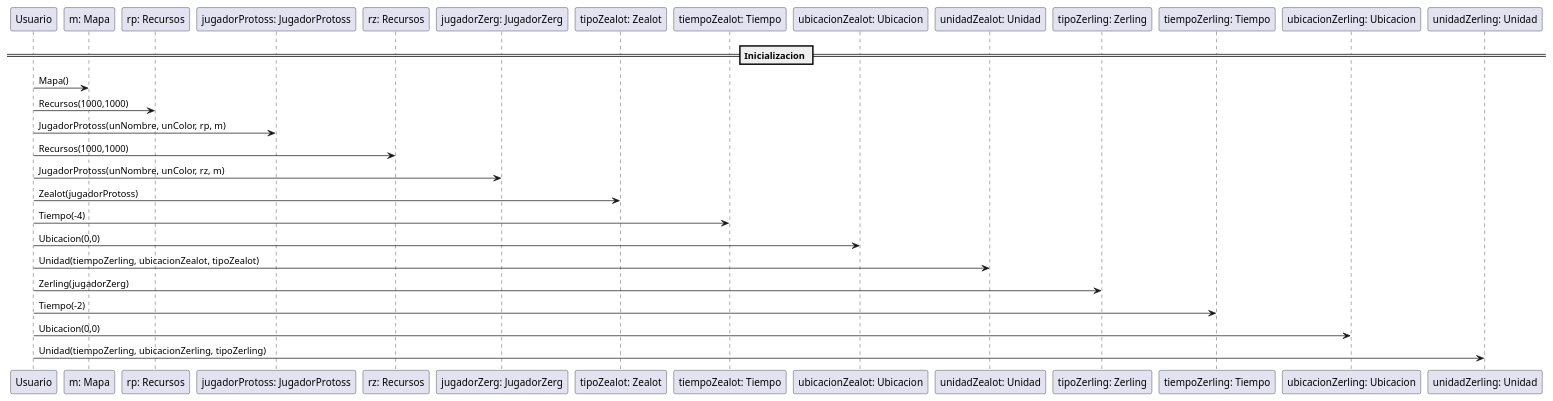
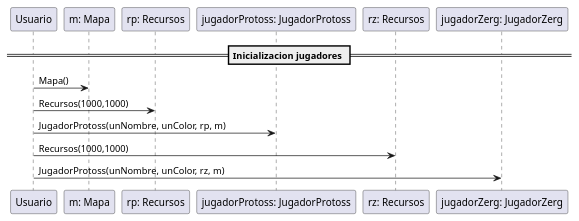
Before and after one commit to joeldevel/algo3_tp_2: the first of 8 diagrams in diagrams/sequences/Diagramas definitivos/CasoDeUso18.puml, drawn with PlantUML. The commit also changed other lines of this file and 1 other file, not shown here.

Commit message:
Diagramas

```diff
--- a/diagrams/sequences/Diagramas definitivos/CasoDeUso18.puml
+++ b/diagrams/sequences/Diagramas definitivos/CasoDeUso18.puml
@@ -5,21 +5,11 @@
 @startuml
 
-== Inicializacion ==
+== Inicializacion jugadores ==
 
 Usuario->"m: Mapa": Mapa()
 Usuario->"rp: Recursos": Recursos(1000,1000)
 Usuario->"jugadorProtoss: JugadorProtoss": JugadorProtoss(unNombre, unColor, rp, m)
 Usuario->"rz: Recursos": Recursos(1000,1000)
 Usuario->"jugadorZerg: JugadorZerg": JugadorProtoss(unNombre, unColor, rz, m)
 
-Usuario -> "tipoZealot: Zealot": Zealot(jugadorProtoss)
-Usuario -> "tiempoZealot: Tiempo": Tiempo(-4)
-Usuario -> "ubicacionZealot: Ubicacion": Ubicacion(0,0)
-Usuario -> "unidadZealot: Unidad": Unidad(tiempoZerling, ubicacionZealot, tipoZealot)
-
-Usuario -> "tipoZerling: Zerling": Zerling(jugadorZerg)
-Usuario -> "tiempoZerling: Tiempo": Tiempo(-2)
-Usuario -> "ubicacionZerling: Ubicacion": Ubicacion(0,0)
-Usuario -> "unidadZerling: Unidad": Unidad(tiempoZerling, ubicacionZerling, tipoZerling)
-
 @enduml
```
